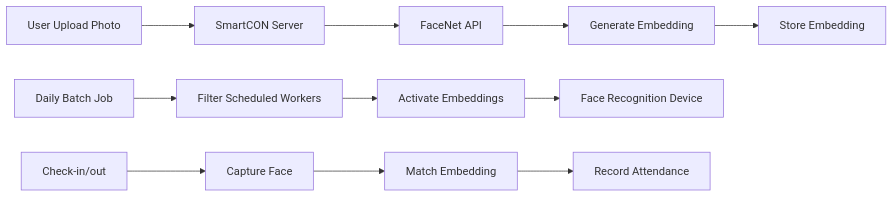
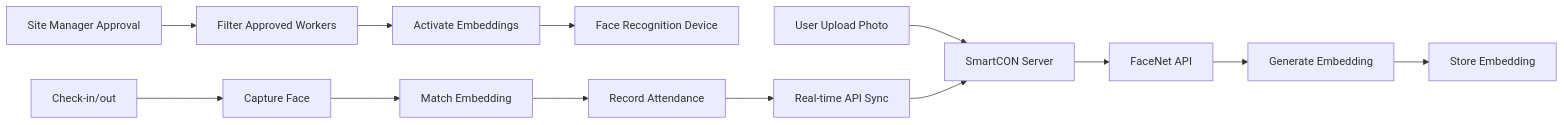
One commit to lovably74/SmartCON changed the third of 3 diagrams in .kiro/specs/smartcon-lite-mvp-completion/design.md. Above: the diagram before and after it, drawn with Mermaid. The commit also changed other lines of this file and 76 other files, not shown here.

````diff
--- a/.kiro/specs/smartcon-lite-mvp-completion/design.md
+++ b/.kiro/specs/smartcon-lite-mvp-completion/design.md
@@ -556,15 +571,17 @@
 ```mermaid
 flowchart LR
     A[User Upload Photo] --> B[SmartCON Server]
     B --> C[FaceNet API]
     C --> D[Generate Embedding]
     D --> E[Store Embedding]
     
-    F[Daily Batch Job] --> G[Filter Scheduled Workers]
+    F[Site Manager Approval] --> G[Filter Approved Workers]
     G --> H[Activate Embeddings]
     H --> I[Face Recognition Device]
     
     J[Check-in/out] --> K[Capture Face]
     K --> L[Match Embedding]
     L --> M[Record Attendance]
+    M --> N[Real-time API Sync]
+    N --> B
 ```
````
